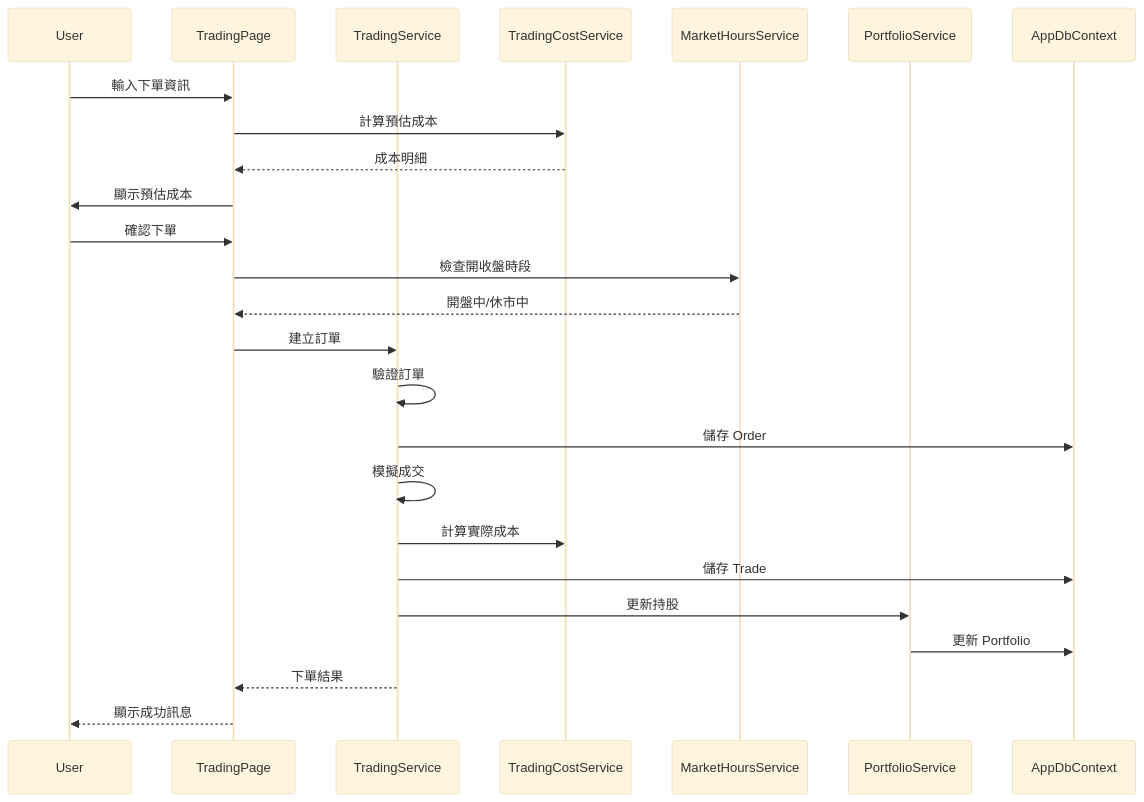
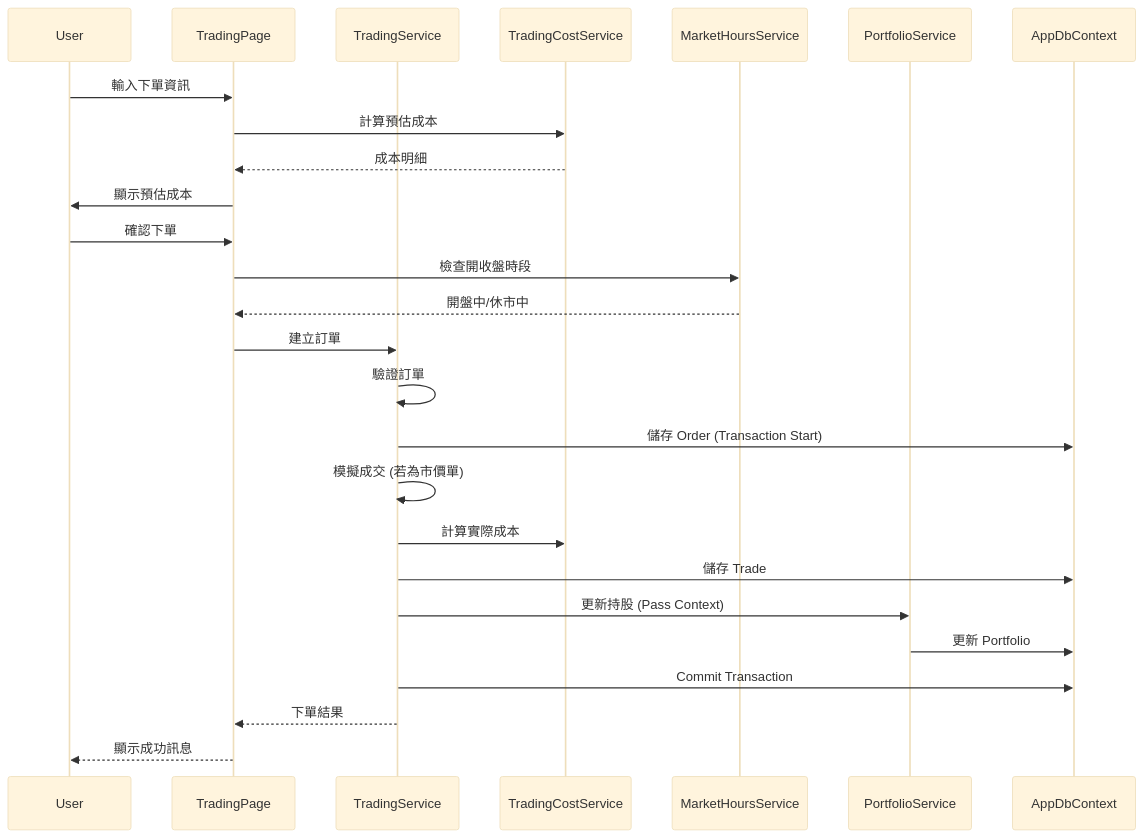
Before and after one commit to changken/MyStockApp: the second of 5 diagrams in .kiro/specs/stock-trading/design.md, drawn with Mermaid (base theme). The commit also changed other lines of this file and 2 other files, not shown here.

````diff
--- a/.kiro/specs/stock-trading/design.md
+++ b/.kiro/specs/stock-trading/design.md
@@ -122,30 +128,31 @@
 ```mermaid
 sequenceDiagram
     participant User
     participant TradingPage
     participant TradingService
     participant TradingCostService
     participant MarketHoursService
     participant PortfolioService
     participant AppDbContext
 
     User->>TradingPage: 輸入下單資訊
     TradingPage->>TradingCostService: 計算預估成本
     TradingCostService-->>TradingPage: 成本明細
     TradingPage->>User: 顯示預估成本
 
     User->>TradingPage: 確認下單
     TradingPage->>MarketHoursService: 檢查開收盤時段
     MarketHoursService-->>TradingPage: 開盤中/休市中
 
     TradingPage->>TradingService: 建立訂單
     TradingService->>TradingService: 驗證訂單
-    TradingService->>AppDbContext: 儲存 Order
-    TradingService->>TradingService: 模擬成交
+    TradingService->>AppDbContext: 儲存 Order (Transaction Start)
+    TradingService->>TradingService: 模擬成交 (若為市價單)
     TradingService->>TradingCostService: 計算實際成本
     TradingService->>AppDbContext: 儲存 Trade
-    TradingService->>PortfolioService: 更新持股
+    TradingService->>PortfolioService: 更新持股 (Pass Context)
     PortfolioService->>AppDbContext: 更新 Portfolio
+    TradingService->>AppDbContext: Commit Transaction
     TradingService-->>TradingPage: 下單結果
     TradingPage-->>User: 顯示成功訊息
 ```
````
